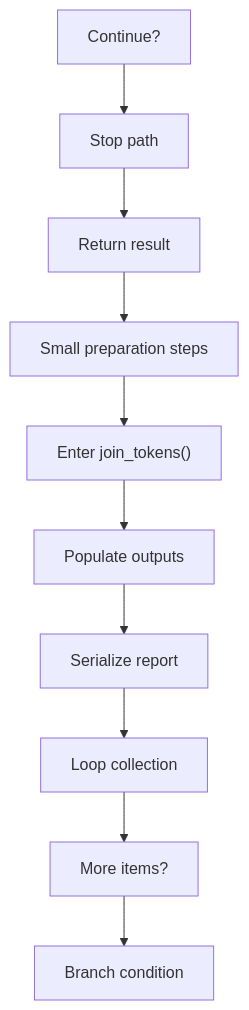
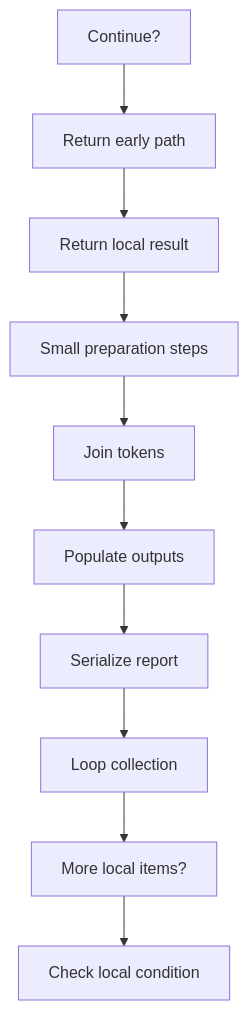
The second of 6 diagrams in docs/Codebase/Microservice/Modules/Source/Trees/ClassGeneration/Actual/Internal/Line/Flow/line_program_flow.cpp.md (JohnAndrewBalbarosa/NeoTerritory), drawn with Mermaid before and after one commit. The commit also changed other lines of this file and 925 other files, not shown here.

````diff
--- a/docs/Codebase/Microservice/Modules/Source/Trees/ClassGeneration/Actual/Internal/Line/Flow/line_program_flow.cpp.md
+++ b/docs/Codebase/Microservice/Modules/Source/Trees/ClassGeneration/Actual/Internal/Line/Flow/line_program_flow.cpp.md
@@ -41,22 +41,22 @@
 ```mermaid
 flowchart TD
     N0["Continue?"]
-    N1["Stop path"]
-    N2["Return result"]
+    N1["Return early path"]
+    N2["Return local result"]
     N3["Small preparation steps"]
-    N4["Enter join_tokens()"]
+    N4["Join tokens"]
     N5["Populate outputs"]
     N6["Serialize report"]
     N7["Loop collection"]
-    N8["More items?"]
-    N9["Branch condition"]
+    N8["More local items?"]
+    N9["Check local condition"]
     N0 --> N1
     N1 --> N2
     N2 --> N3
     N3 --> N4
     N4 --> N5
     N5 --> N6
     N6 --> N7
     N7 --> N8
     N8 --> N9
 ```
````
